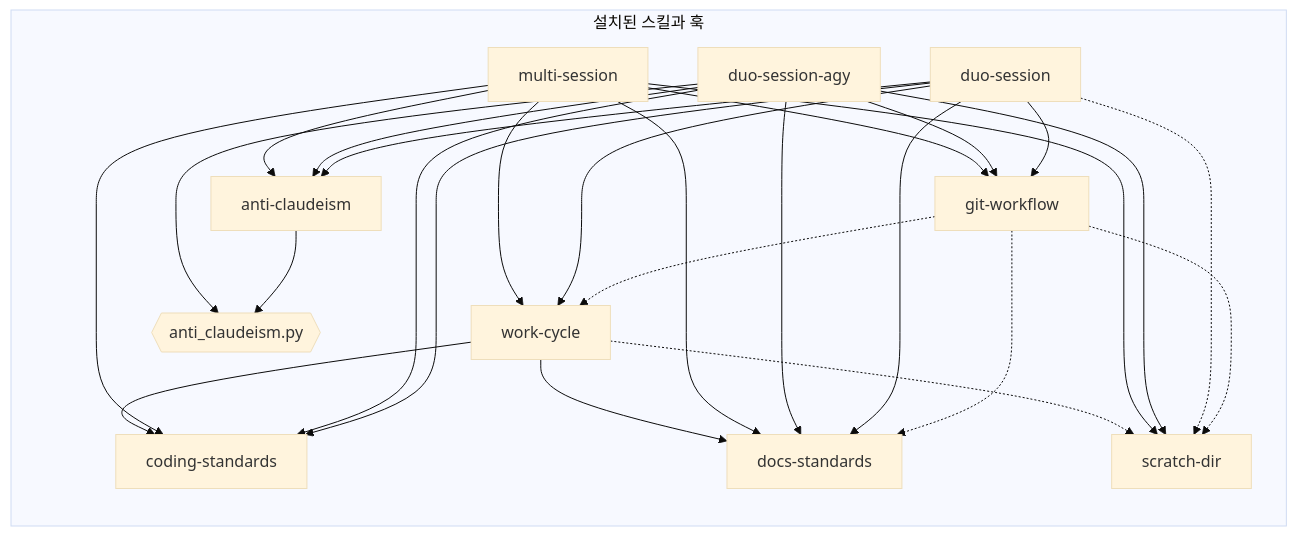
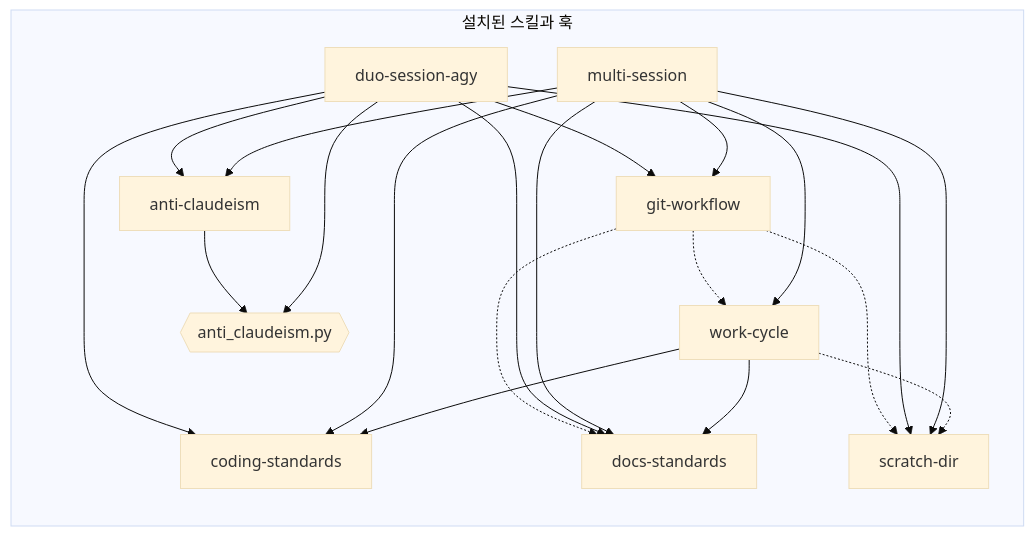
The diagram in docs/architecture/component-dependency.md (nil-park/claude-workflow-kit), drawn with Mermaid (base theme) before and after one commit. The commit also changed 5 other files, not shown here.

First line of the commit message:
chore: remove deprecated duo-session skill (#85)

````diff
--- a/docs/architecture/component-dependency.md
+++ b/docs/architecture/component-dependency.md
@@ -3,41 +3,34 @@
 ```mermaid
 flowchart LR
   subgraph inst["설치된 스킬과 훅"]
     wc["work-cycle"]
     cs["coding-standards"]
     ds["docs-standards"]
     sd["scratch-dir"]
     gw["git-workflow"]
     ac["anti-claudeism"]
     ms["multi-session"]
     dua["duo-session-agy"]
-    du["duo-session"]
     hook{{"anti_claudeism.py"}}
   end
 
   wc --> cs
   wc --> ds
   wc -.-> sd
   ms --> gw
   ms --> wc
   ms --> cs
   ms --> ds
   ms --> ac
   ms --> sd
   dua --> gw
   dua --> cs
   dua --> ds
   dua --> ac
   dua --> sd
   dua --> hook
-  du --> gw
-  du --> wc
-  du --> cs
-  du --> ds
-  du --> ac
-  du -.-> sd
   gw -.-> wc
   gw -.-> ds
   gw -.-> sd
   ac --> hook
 ```
````
